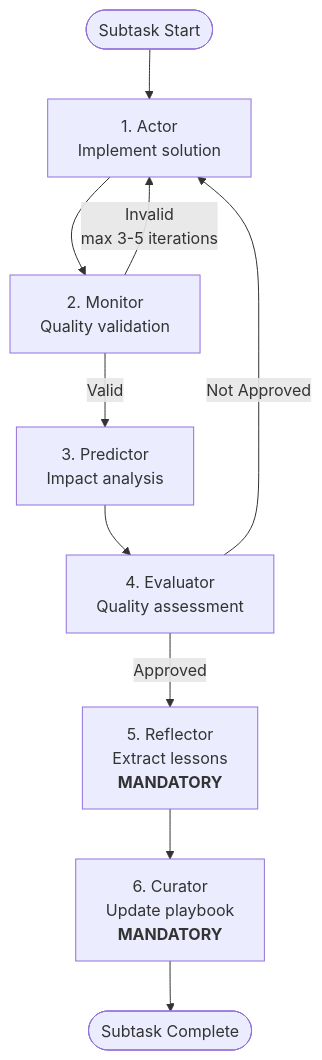
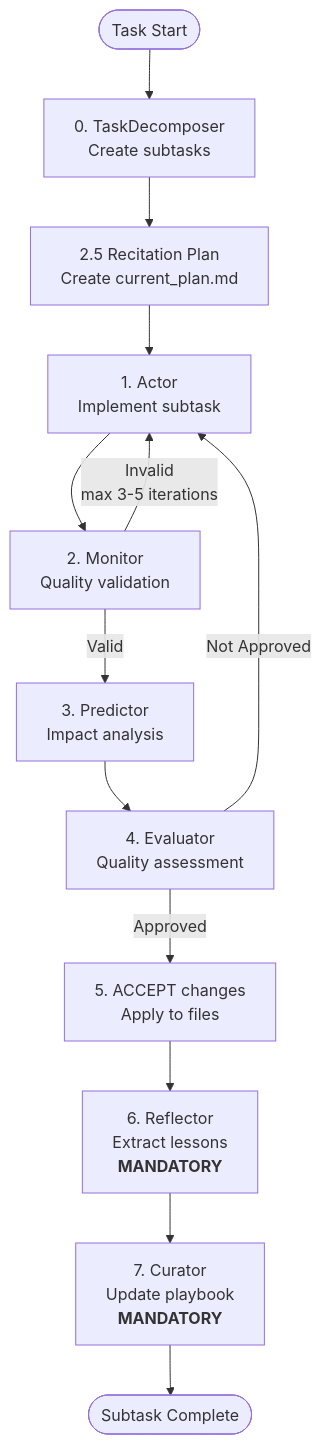
Before and after one commit to azalio/map-framework: the diagram in presentation/en/03-workflow.md, drawn with Mermaid. The commit also changed other lines of this file and 15 other files, not shown here.

````diff
--- a/presentation/en/03-workflow.md
+++ b/presentation/en/03-workflow.md
@@ -9,17 +9,20 @@
 ```mermaid
 flowchart TD
-    Start([Subtask Start]) --> Actor[1. Actor<br/>Implement solution]
+    Start([Task Start]) --> Decompose[0. TaskDecomposer<br/>Create subtasks]
+    Decompose --> Plan[2.5 Recitation Plan<br/>Create current_plan.md]
+    Plan --> Actor[1. Actor<br/>Implement subtask]
     Actor --> Monitor[2. Monitor<br/>Quality validation]
 
     Monitor -->|Valid| Predictor[3. Predictor<br/>Impact analysis]
     Monitor -->|Invalid<br/>max 3-5 iterations| Actor
 
     Predictor --> Evaluator[4. Evaluator<br/>Quality assessment]
 
-    Evaluator -->|Approved| Reflector[5. Reflector<br/>Extract lessons<br/><b>MANDATORY</b>]
+    Evaluator -->|Approved| Accept[5. ACCEPT changes<br/>Apply to files]
     Evaluator -->|Not Approved| Actor
 
-    Reflector --> Curator[6. Curator<br/>Update playbook<br/><b>MANDATORY</b>]
+    Accept --> Reflector[6. Reflector<br/>Extract lessons<br/><b>MANDATORY</b>]
+    Reflector --> Curator[7. Curator<br/>Update playbook<br/><b>MANDATORY</b>]
 
     Curator --> End([Subtask Complete])
 ```
````
